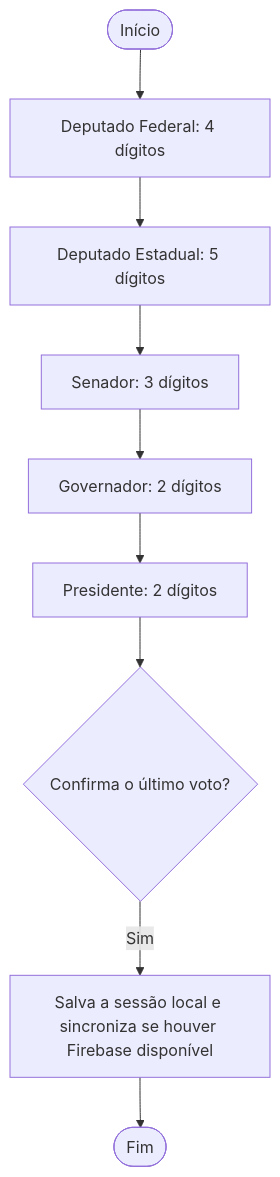
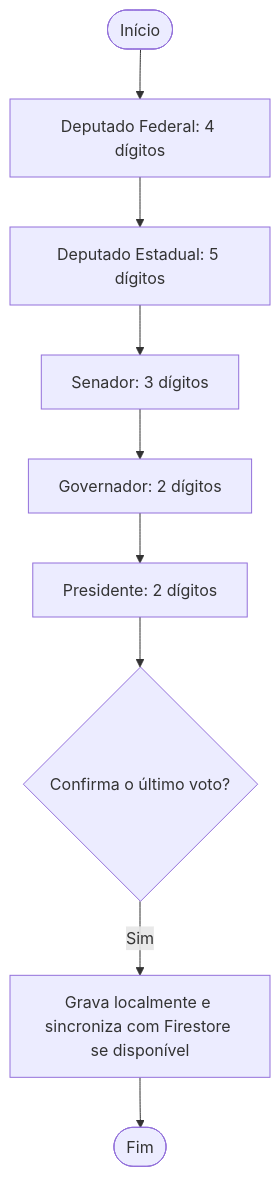
One commit to Sudo-Marco/urna-cidada changed the diagram in README.md. Above: the diagram before and after it, drawn with Mermaid. The commit also changed other lines of this file, not shown here.

````diff
--- a/README.md
+++ b/README.md
@@ -87,11 +113,11 @@
 ```mermaid
 flowchart TD
     A([Início]) --> B[Deputado Federal: 4 dígitos]
     B --> C[Deputado Estadual: 5 dígitos]
     C --> D[Senador: 3 dígitos]
     D --> E[Governador: 2 dígitos]
     E --> F[Presidente: 2 dígitos]
     F --> G{Confirma o último voto?}
-    G -->|Sim| H[Salva a sessão local e sincroniza se houver Firebase disponível]
+    G -->|Sim| H[Grava localmente e sincroniza com Firestore se disponível]
     H --> I([Fim])
 ```
````
